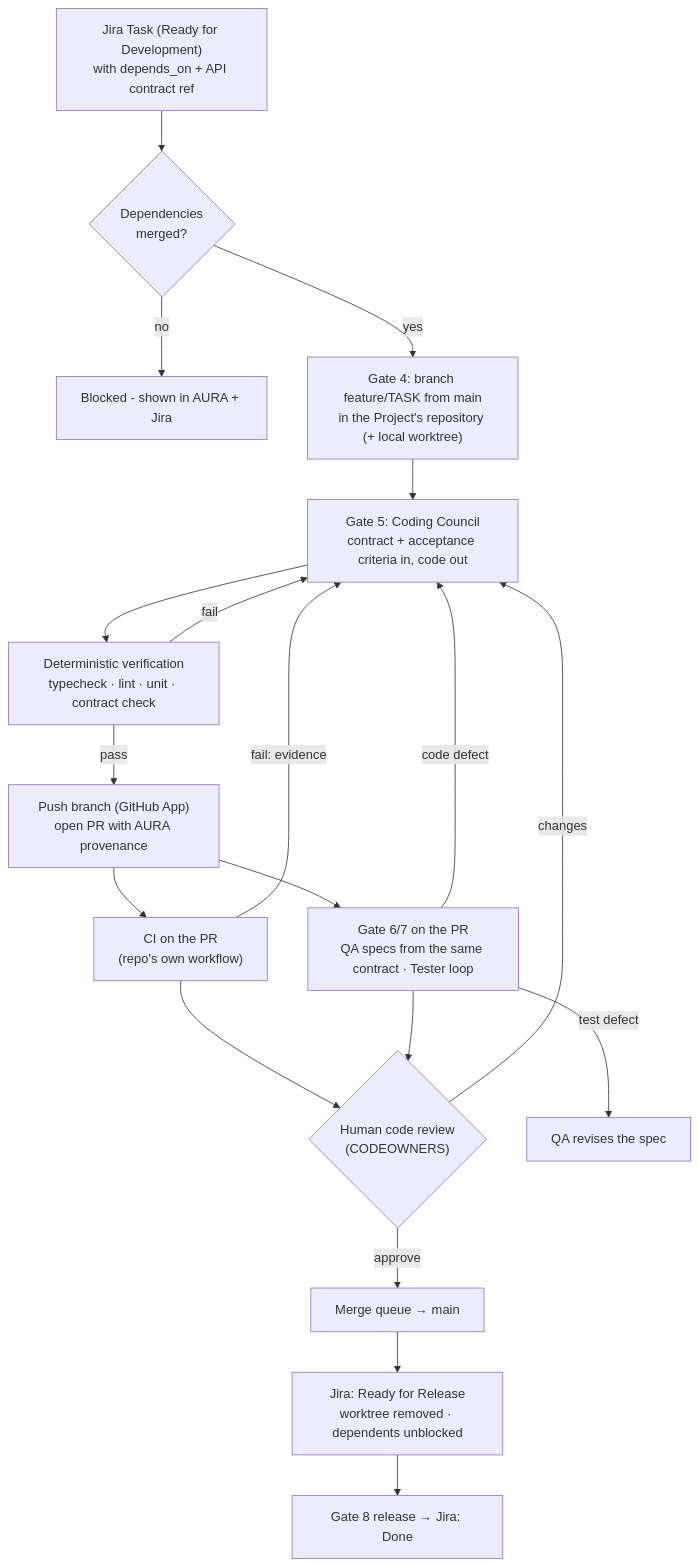
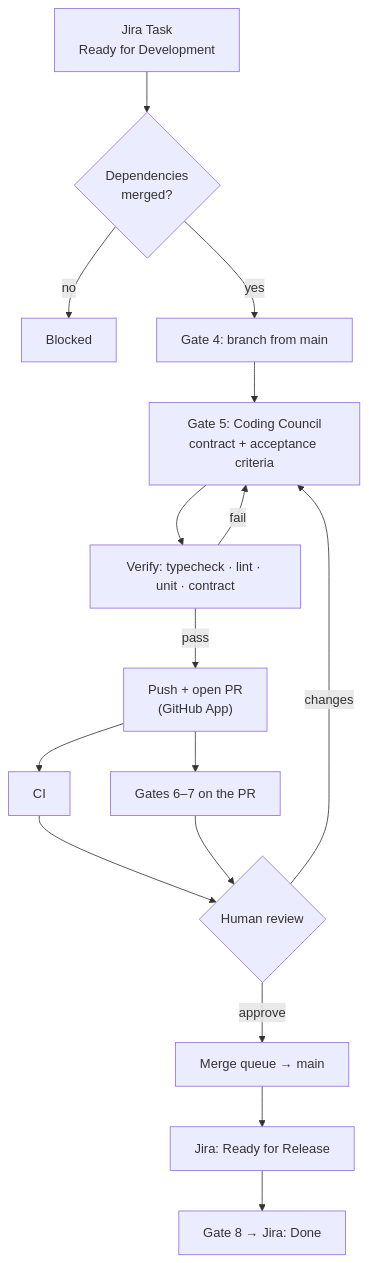
Before and after one commit to HasithaErandika/aura: the second of 3 diagrams in docs/plans/aura-git-control-plane.md, drawn with Mermaid. The commit also changed other lines of this file and 19 other files, not shown here.

````diff
--- a/docs/plans/aura-git-control-plane.md
+++ b/docs/plans/aura-git-control-plane.md
@@ -77,21 +40,18 @@
 ```mermaid
 flowchart TD
-    J["Jira Task (Ready for Development)<br/>with depends_on + API contract ref"] --> DEP{"Dependencies<br/>merged?"}
-    DEP -- "no" --> WAIT["Blocked - shown in AURA + Jira"]
-    DEP -- "yes" --> G4["Gate 4: branch feature/TASK from main<br/>in the Project's repository (+ local worktree)"]
-    G4 --> G5["Gate 5: Coding Council<br/>contract + acceptance criteria in, code out"]
-    G5 --> VER["Deterministic verification<br/>typecheck · lint · unit · contract check"]
-    VER -- "fail" --> G5
-    VER -- "pass" --> PUSH["Push branch (GitHub App)<br/>open PR with AURA provenance"]
-    PUSH --> CI["CI on the PR<br/>(repo's own workflow)"]
-    PUSH --> G67["Gate 6/7 on the PR<br/>QA specs from the same contract · Tester loop"]
-    CI --> REV{"Human code review<br/>(CODEOWNERS)"}
-    G67 --> REV
-    CI -- "fail: evidence" --> G5
-    G67 -- "code defect" --> G5
-    G67 -- "test defect" --> QAREV["QA revises the spec"]
-    REV -- "changes" --> G5
-    REV -- "approve" --> MQ["Merge queue → main"]
-    MQ --> RFR["Jira: Ready for Release<br/>worktree removed · dependents unblocked"]
-    RFR --> REL["Gate 8 release → Jira: Done"]
+    J["Jira Task<br/>Ready for Development"] --> DEP{"Dependencies<br/>merged?"}
+    DEP -- no --> WAIT["Blocked"]
+    DEP -- yes --> G4["Gate 4: branch from main"]
+    G4 --> G5["Gate 5: Coding Council<br/>contract + acceptance criteria"]
+    G5 --> VER["Verify: typecheck · lint · unit · contract"]
+    VER -- fail --> G5
+    VER -- pass --> PR["Push + open PR<br/>(GitHub App)"]
+    PR --> CI["CI"]
+    PR --> QA["Gates 6–7 on the PR"]
+    CI --> REV{"Human review"}
+    QA --> REV
+    REV -- changes --> G5
+    REV -- approve --> MERGE["Merge queue → main"]
+    MERGE --> RFR["Jira: Ready for Release"]
+    RFR --> REL["Gate 8 → Jira: Done"]
 ```
````
